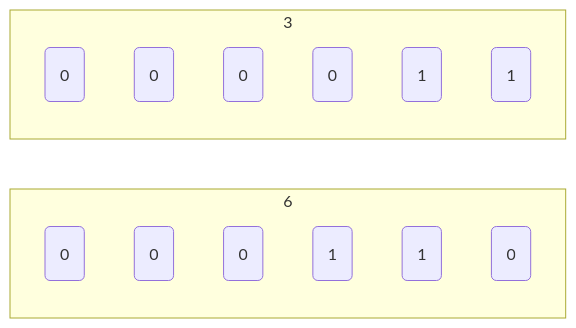
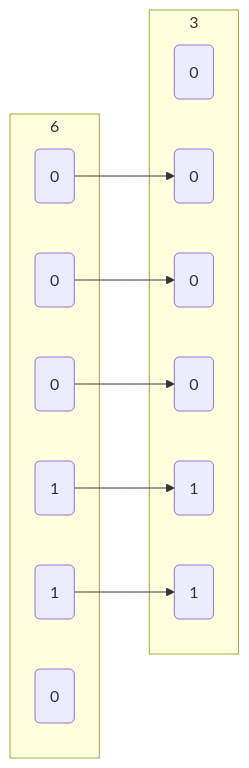
The fifth of 7 diagrams in _posts/c_c++/memory/2021-11-14-位操作.md (dmjcb/dmjcb.github.io), drawn with Mermaid before and after one commit. The commit also changed other lines of this file and 16 other files, not shown here.

````diff
--- a/_posts/c_c++/memory/2021-11-14-位操作.md
+++ b/_posts/c_c++/memory/2021-11-14-位操作.md
@@ -224,19 +224,26 @@
 ```mermaid
 graph LR;
     subgraph 6
         a0(0)
         a1(0)
         a2(0)
         a3(1)
         a4(1)
         a5(0)
     end
+
     subgraph 3
         b0(0)
         b1(0)
         b2(0)
         b3(0)
         b4(1)
         b5(1)
     end
+
+    a4-->b5
+    a3-->b4
+    a2-->b3
+    a1-->b2
+    a0-->b1
 ```
````
